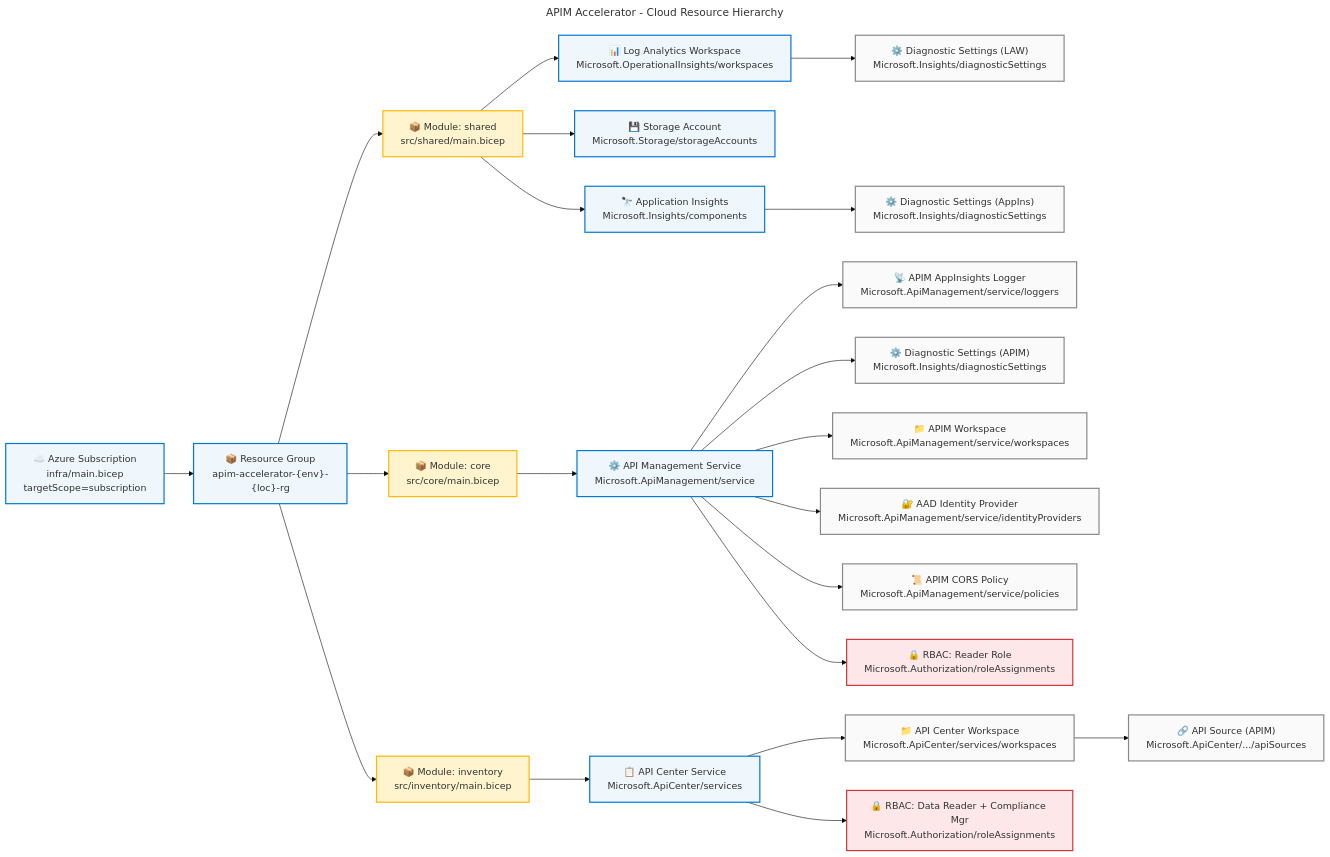
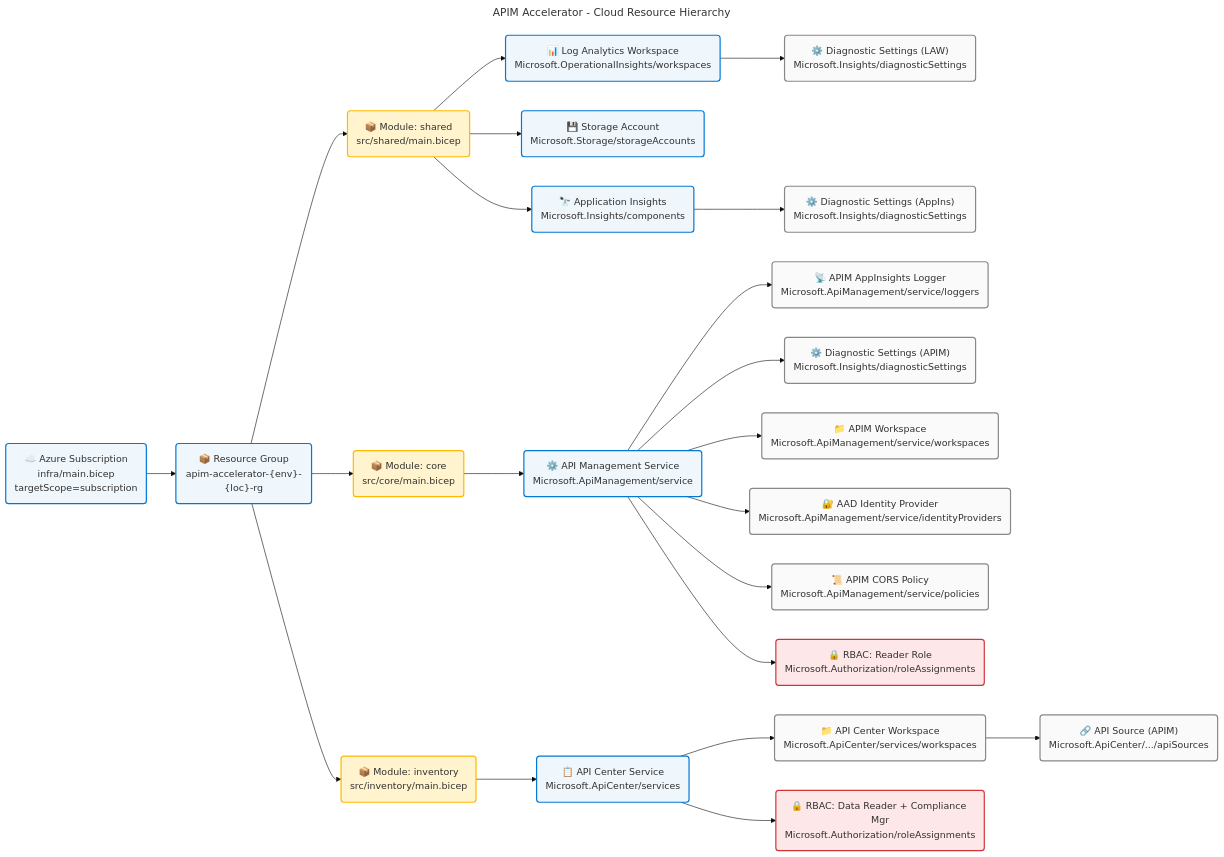
One commit to Evilazaro/APIM-Accelerator changed the second of 2 diagrams in docs/architecture/technology-architecture.md. Above: the diagram before and after it, drawn with Mermaid. The commit also changed other lines of this file and 1 other file, not shown here.

Commit message:
style: enhance Azure/Fluent architecture pattern documentation with semantic class definitions and accessibility governance in flowcharts

```diff
--- a/docs/architecture/technology-architecture.md
+++ b/docs/architecture/technology-architecture.md
@@ -914,32 +914,32 @@
 
 
 
-    SUB["☁️ Azure Subscription\ninfra/main.bicep\ntargetScope=subscription"]:::core
+    SUB("☁️ Azure Subscription\ninfra/main.bicep\ntargetScope=subscription"):::core
 
-    RG["📦 Resource Group\napim-accelerator-{env}-{loc}-rg"]:::core
+    RG("📦 Resource Group\napim-accelerator-{env}-{loc}-rg"):::core
 
-    MOD_SHARED["📦 Module: shared\nsrc/shared/main.bicep"]:::warning
-    MOD_CORE["📦 Module: core\nsrc/core/main.bicep"]:::warning
-    MOD_INV["📦 Module: inventory\nsrc/inventory/main.bicep"]:::warning
+    MOD_SHARED("📦 Module: shared\nsrc/shared/main.bicep"):::warning
+    MOD_CORE("📦 Module: core\nsrc/core/main.bicep"):::warning
+    MOD_INV("📦 Module: inventory\nsrc/inventory/main.bicep"):::warning
 
-    R_LAW["📊 Log Analytics Workspace\nMicrosoft.OperationalInsights/workspaces"]:::core
-    R_ST["💾 Storage Account\nMicrosoft.Storage/storageAccounts"]:::core
-    R_AI["🔭 Application Insights\nMicrosoft.Insights/components"]:::core
-    R_DIAG1["⚙️ Diagnostic Settings (LAW)\nMicrosoft.Insights/diagnosticSettings"]:::neutral
-    R_DIAG2["⚙️ Diagnostic Settings (AppIns)\nMicrosoft.Insights/diagnosticSettings"]:::neutral
+    R_LAW("📊 Log Analytics Workspace\nMicrosoft.OperationalInsights/workspaces"):::core
+    R_ST("💾 Storage Account\nMicrosoft.Storage/storageAccounts"):::core
+    R_AI("🔭 Application Insights\nMicrosoft.Insights/components"):::core
+    R_DIAG1("⚙️ Diagnostic Settings (LAW)\nMicrosoft.Insights/diagnosticSettings"):::neutral
+    R_DIAG2("⚙️ Diagnostic Settings (AppIns)\nMicrosoft.Insights/diagnosticSettings"):::neutral
 
-    R_APIM["⚙️ API Management Service\nMicrosoft.ApiManagement/service"]:::core
-    R_APIM_LOGGER["📡 APIM AppInsights Logger\nMicrosoft.ApiManagement/service/loggers"]:::neutral
-    R_APIM_DIAG["⚙️ Diagnostic Settings (APIM)\nMicrosoft.Insights/diagnosticSettings"]:::neutral
-    R_APIM_WS["📁 APIM Workspace\nMicrosoft.ApiManagement/service/workspaces"]:::neutral
-    R_DP_IDPROV["🔐 AAD Identity Provider\nMicrosoft.ApiManagement/service/identityProviders"]:::neutral
-    R_APIM_POLICY["📜 APIM CORS Policy\nMicrosoft.ApiManagement/service/policies"]:::neutral
-    R_RBAC_APIM["🔒 RBAC: Reader Role\nMicrosoft.Authorization/roleAssignments"]:::danger
+    R_APIM("⚙️ API Management Service\nMicrosoft.ApiManagement/service"):::core
+    R_APIM_LOGGER("📡 APIM AppInsights Logger\nMicrosoft.ApiManagement/service/loggers"):::neutral
+    R_APIM_DIAG("⚙️ Diagnostic Settings (APIM)\nMicrosoft.Insights/diagnosticSettings"):::neutral
+    R_APIM_WS("📁 APIM Workspace\nMicrosoft.ApiManagement/service/workspaces"):::neutral
+    R_DP_IDPROV("🔐 AAD Identity Provider\nMicrosoft.ApiManagement/service/identityProviders"):::neutral
+    R_APIM_POLICY("📜 APIM CORS Policy\nMicrosoft.ApiManagement/service/policies"):::neutral
+    R_RBAC_APIM("🔒 RBAC: Reader Role\nMicrosoft.Authorization/roleAssignments"):::danger
 
-    R_APC["📋 API Center Service\nMicrosoft.ApiCenter/services"]:::core
-    R_APC_WS["📁 API Center Workspace\nMicrosoft.ApiCenter/services/workspaces"]:::neutral
-    R_APC_SRC["🔗 API Source (APIM)\nMicrosoft.ApiCenter/.../apiSources"]:::neutral
-    R_RBAC_APC["🔒 RBAC: Data Reader + Compliance Mgr\nMicrosoft.Authorization/roleAssignments"]:::danger
+    R_APC("📋 API Center Service\nMicrosoft.ApiCenter/services"):::core
+    R_APC_WS("📁 API Center Workspace\nMicrosoft.ApiCenter/services/workspaces"):::neutral
+    R_APC_SRC("🔗 API Source (APIM)\nMicrosoft.ApiCenter/.../apiSources"):::neutral
+    R_RBAC_APC("🔒 RBAC: Data Reader + Compliance Mgr\nMicrosoft.Authorization/roleAssignments"):::danger
 
     SUB --> RG
     RG --> MOD_SHARED
```
